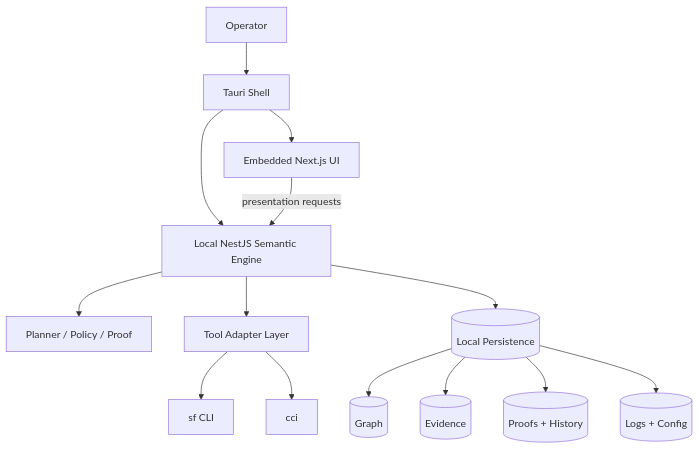
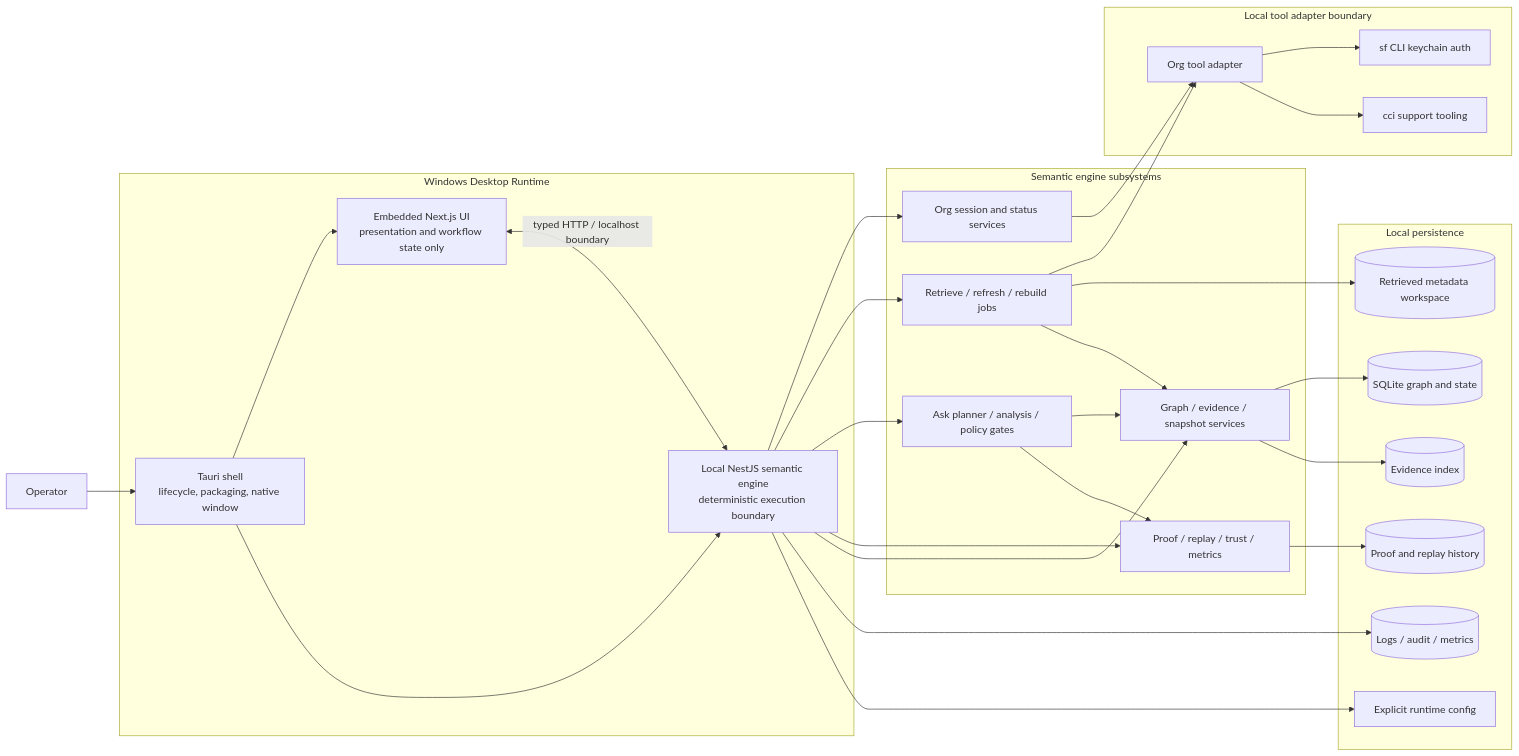
Before and after one commit to DigitalDreams-ai/OrgGraph: the diagram in docs/planning/v2/ORGUMENTED_V2_ARCHITECTURE.md, drawn with Mermaid.

Commit message:
docs(architecture): add full mermaid architecture chart

````diff
--- a/docs/planning/v2/ORGUMENTED_V2_ARCHITECTURE.md
+++ b/docs/planning/v2/ORGUMENTED_V2_ARCHITECTURE.md
@@ -58,20 +58,60 @@
 ```mermaid
-graph TD
-    Operator[Operator] --> Shell[Tauri Shell]
-    Shell --> UI[Embedded Next.js UI]
-    Shell --> Engine[Local NestJS Semantic Engine]
+flowchart LR
+    Operator[Operator]
 
-    UI -->|presentation requests| Engine
+    subgraph Desktop["Windows Desktop Runtime"]
+        Shell[Tauri shell<br/>lifecycle, packaging, native window]
+        UI[Embedded Next.js UI<br/>presentation and workflow state only]
+        Engine[Local NestJS semantic engine<br/>deterministic execution boundary]
 
-    Engine --> Planner[Planner / Policy / Proof]
-    Engine --> Adapters[Tool Adapter Layer]
-    Engine --> Storage[(Local Persistence)]
+        Shell --> UI
+        Shell --> Engine
+        UI <-->|typed HTTP / localhost boundary| Engine
+    end
 
-    Adapters --> SF[sf CLI]
-    Adapters --> CCI[cci]
+    subgraph EngineModules["Semantic engine subsystems"]
+        Sessions[Org session and status services]
+        Retrieve[Retrieve / refresh / rebuild jobs]
+        Planner[Ask planner / analysis / policy gates]
+        Proofs[Proof / replay / trust / metrics]
+        Graph[Graph / evidence / snapshot services]
+    end
 
-    Storage --> Graph[(Graph)]
-    Storage --> Evidence[(Evidence)]
-    Storage --> Proofs[(Proofs + History)]
-    Storage --> Logs[(Logs + Config)]
+    subgraph Tooling["Local tool adapter boundary"]
+        Adapter[Org tool adapter]
+        SF[sf CLI keychain auth]
+        CCI[cci support tooling]
+    end
+
+    subgraph Storage["Local persistence"]
+        Config[Explicit runtime config]
+        GraphStore[(SQLite graph and state)]
+        Evidence[(Evidence index)]
+        ProofStore[(Proof and replay history)]
+        Logs[(Logs / audit / metrics)]
+        RetrieveFiles[(Retrieved metadata workspace)]
+    end
+
+    Operator --> Shell
+    Engine --> Sessions
+    Engine --> Retrieve
+    Engine --> Planner
+    Engine --> Proofs
+    Engine --> Graph
+
+    Sessions --> Adapter
+    Retrieve --> Adapter
+    Adapter --> SF
+    Adapter --> CCI
+
+    Retrieve --> RetrieveFiles
+    Graph --> GraphStore
+    Graph --> Evidence
+    Proofs --> ProofStore
+    Engine --> Logs
+    Engine --> Config
+
+    Retrieve --> Graph
+    Planner --> Graph
+    Planner --> Proofs
 ```
````
